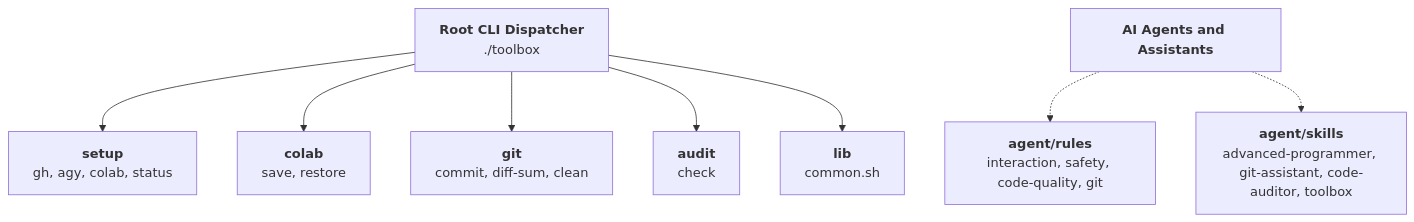
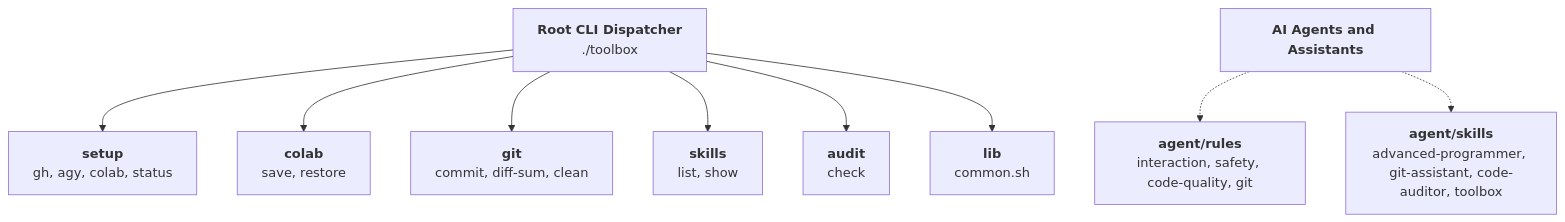
Before and after one commit to mkh-user/toolbox: the diagram in AGENTS.md, drawn with Mermaid. The commit also changed other lines of this file and 4 other files, not shown here.

````diff
--- a/AGENTS.md
+++ b/AGENTS.md
@@ -11,11 +11,12 @@
 ```mermaid
 flowchart TD
     CLI["<b>Root CLI Dispatcher</b><br/>./toolbox"] --> Setup["<b>setup</b><br/>gh, agy, colab, status"]
     CLI --> Colab["<b>colab</b><br/>save, restore"]
     CLI --> Git["<b>git</b><br/>commit, diff-sum, clean"]
+    CLI --> SkillsTool["<b>skills</b><br/>list, show"]
     CLI --> Audit["<b>audit</b><br/>check"]
     CLI --> Lib["<b>lib</b><br/>common.sh"]
     
     Agents["<b>AI Agents and Assistants</b>"] -.-> Rules["<b>agent/rules</b><br/>interaction, safety, code-quality, git"]
     Agents -.-> Skills["<b>agent/skills</b><br/>advanced-programmer, git-assistant, code-auditor, toolbox"]
 ```
````
